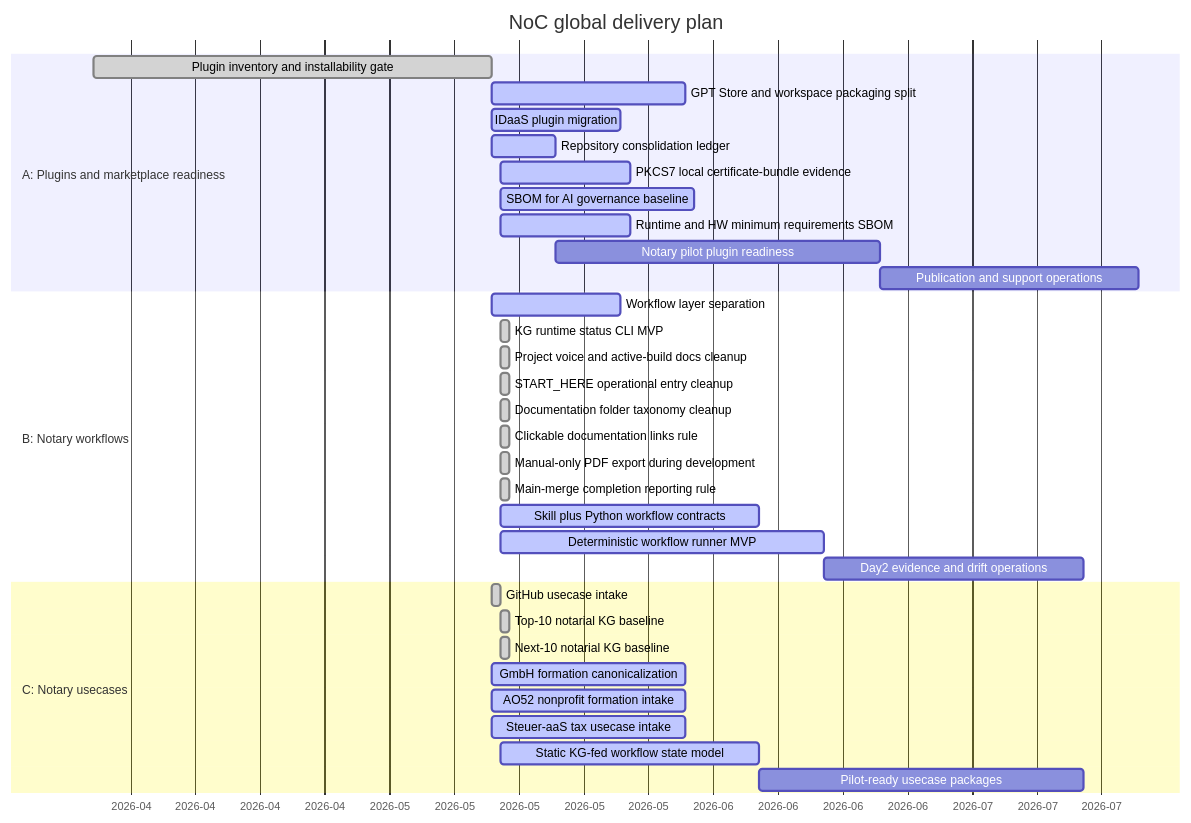
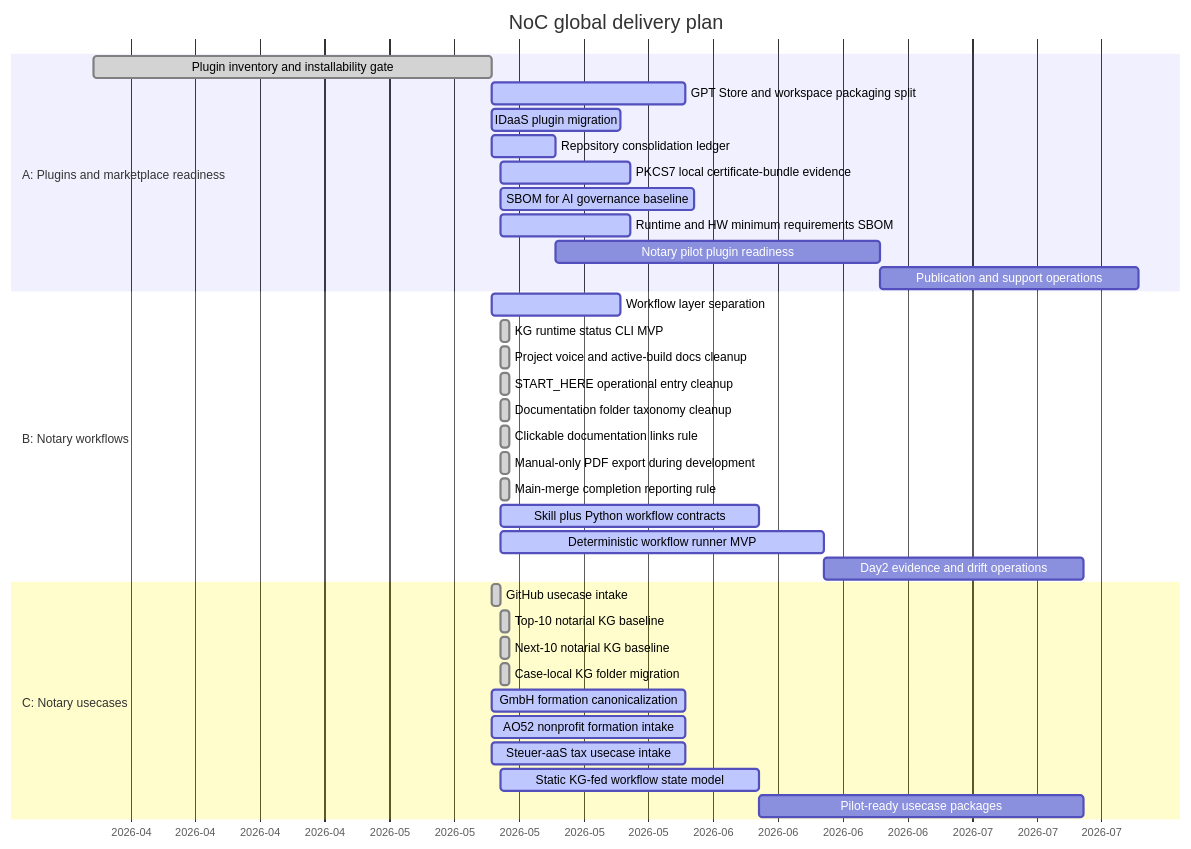
One commit to notariat8/NaC changed the diagram in roadmap/GANTT.md. Above: the diagram before and after it, drawn with Mermaid. The commit also changed other lines of this file and 94 other files, not shown here.

Commit message:
Move knowledge graphs into usecases

````diff
--- a/roadmap/GANTT.md
+++ b/roadmap/GANTT.md
@@ -12,40 +12,41 @@
 ```mermaid
 gantt
     title NoC global delivery plan
     dateFormat  YYYY-MM-DD
     axisFormat  %Y-%m
 
     section A: Plugins and marketplace readiness
     Plugin inventory and installability gate     :done,    a1, 2026-04-01, 2026-05-14
     GPT Store and workspace packaging split      :active,  a2, 2026-05-14, 21d
     IDaaS plugin migration                       :active,  a3, 2026-05-14, 14d
     Repository consolidation ledger              :active,  a4, 2026-05-14, 7d
     PKCS7 local certificate-bundle evidence      :active,  a4a, 2026-05-15, 14d
     SBOM for AI governance baseline              :active,  a4b, 2026-05-15, 21d
     Runtime and HW minimum requirements SBOM     :active,  a4c, 2026-05-15, 14d
     Notary pilot plugin readiness                :         a5, after a4, 35d
     Publication and support operations           :         a6, after a5, 28d
 
     section B: Notary workflows
     Workflow layer separation                    :active,  b1, 2026-05-14, 14d
     KG runtime status CLI MVP                    :done,    b1a, 2026-05-15, 1d
     Project voice and active-build docs cleanup  :done,    b1b, 2026-05-15, 1d
     START_HERE operational entry cleanup         :done,    b1c, 2026-05-15, 1d
     Documentation folder taxonomy cleanup        :done,    b1d, 2026-05-15, 1d
     Clickable documentation links rule           :done,    b1e, 2026-05-15, 1d
     Manual-only PDF export during development    :done,    b1f, 2026-05-15, 1d
     Main-merge completion reporting rule         :done,    b1g, 2026-05-15, 1d
     Skill plus Python workflow contracts         :active,  b2, 2026-05-15, 28d
     Deterministic workflow runner MVP            :active,  b3, 2026-05-15, 35d
     Day2 evidence and drift operations           :         b4, after b3, 28d
 
     section C: Notary usecases
     GitHub usecase intake                        :done,    c1, 2026-05-14, 1d
     Top-10 notarial KG baseline                  :done,    c2, 2026-05-15, 1d
     Next-10 notarial KG baseline                 :done,    c3, 2026-05-15, 1d
+    Case-local KG folder migration               :done,    c3a, 2026-05-15, 1d
     GmbH formation canonicalization              :active,  c4, 2026-05-14, 21d
     AO52 nonprofit formation intake              :active,  c5, 2026-05-14, 21d
     Steuer-aaS tax usecase intake                :active,  c6, 2026-05-14, 21d
     Static KG-fed workflow state model           :active,  c7, 2026-05-15, 28d
     Pilot-ready usecase packages                 :         c8, after c7, 35d
 ```
````
